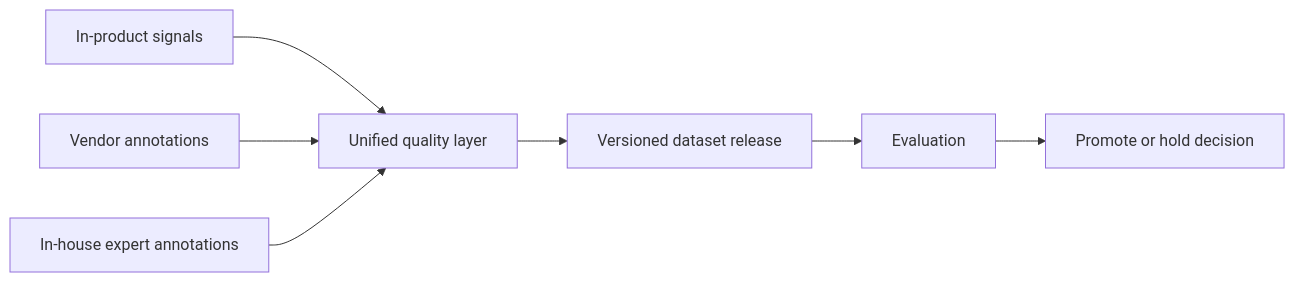
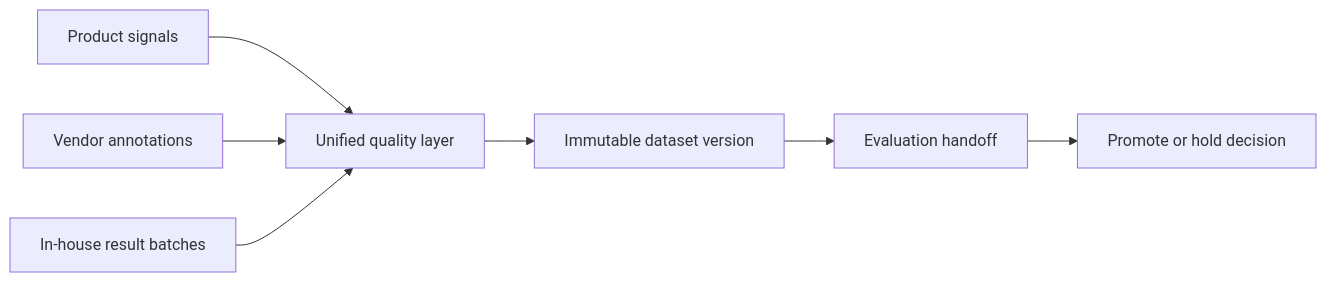
One commit to Hades-HY-LI/SignalOps changed the second of 3 diagrams in README.md. Above: the diagram before and after it, drawn with Mermaid. The commit also changed other lines of this file and 29 other files, not shown here.

````diff
--- a/README.md
+++ b/README.md
@@ -24,9 +53,9 @@
 ```mermaid
 flowchart LR
-    P["In-product signals"] --> Q["Unified quality layer"]
-    V["Vendor annotations"] --> Q
-    I["In-house expert annotations"] --> Q
-    Q --> D["Versioned dataset release"]
-    D --> E["Evaluation"]
-    E --> X["Promote or hold decision"]
+    P[Product signals] --> Q[Unified quality layer]
+    V[Vendor annotations] --> Q
+    I[In-house result batches] --> Q
+    Q --> D[Immutable dataset version]
+    D --> H[Evaluation handoff]
+    H --> X[Promote or hold decision]
 ```
````
